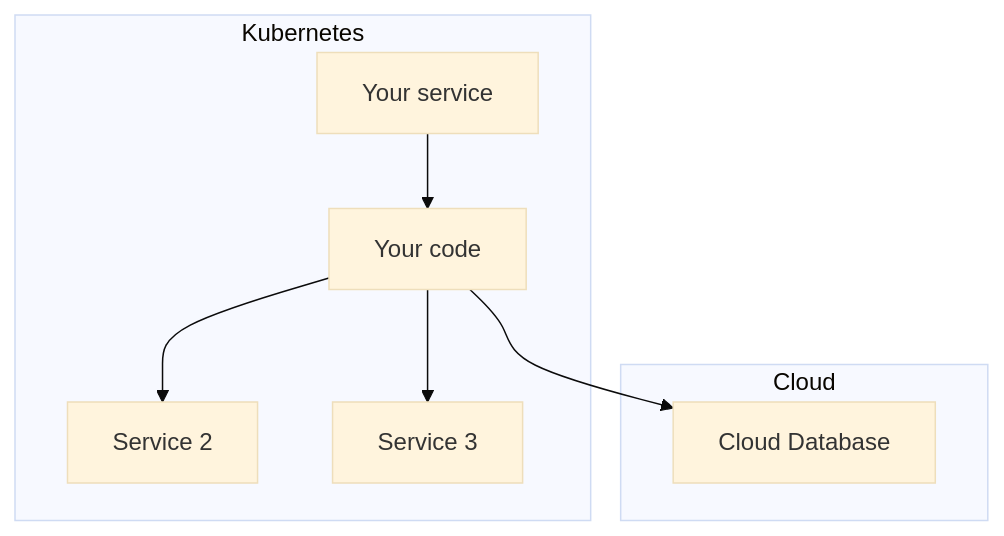
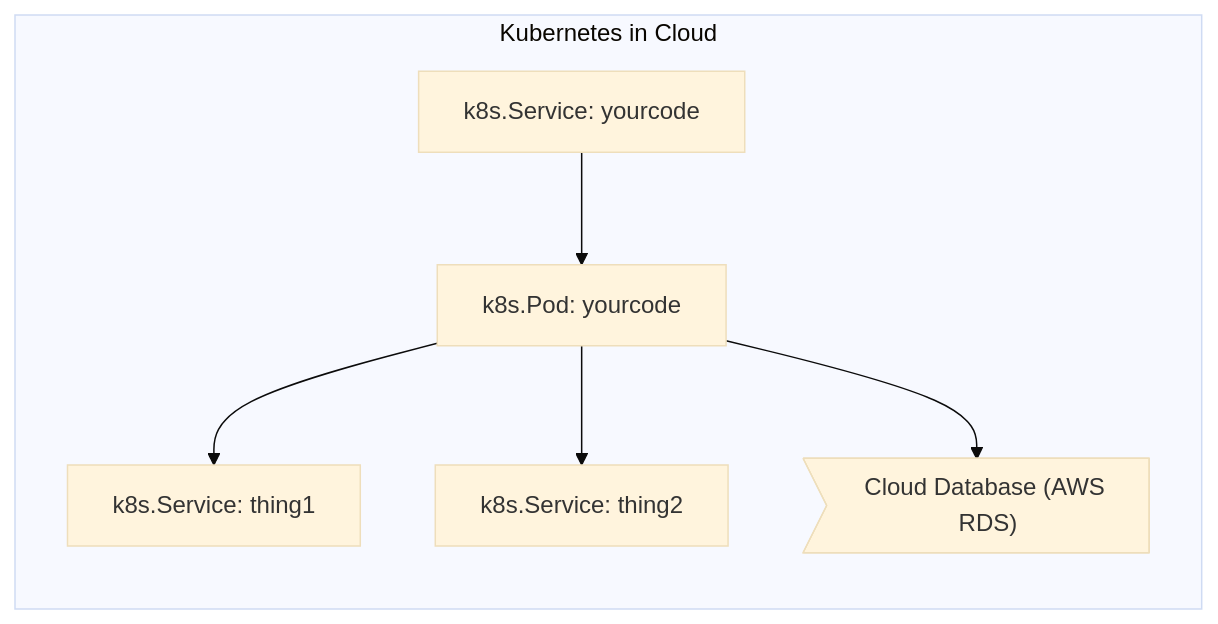
One commit to telepresenceio/telepresence.io changed the first of 2 diagrams in index.md. Above: the diagram before and after it, drawn with Mermaid (base theme). The commit also changed other lines of this file, not shown here.

```diff
--- a/index.md
+++ b/index.md
@@ -5,12 +8,10 @@
 <div class="mermaid">
-graph TD
-  subgraph Kubernetes
-    code[Your code]
-    s1[Your service]-->code
-    code-->s2[Service 2]
-    code-->s3[Service 3]
-  end
-  subgraph Cloud
-    code-->c1[Cloud Database]
+graph LR
+  subgraph Kubernetes in Cloud
+    code["k8s.Pod: yourcode"]
+    s1["k8s.Service: yourcode"]-->code
+    code-->s2["k8s.Service: thing1"]
+    code-->s3["k8s.Service: thing2"]
+    code-->c1>"Cloud Database (AWS RDS)"]
   end
 </div>
```
